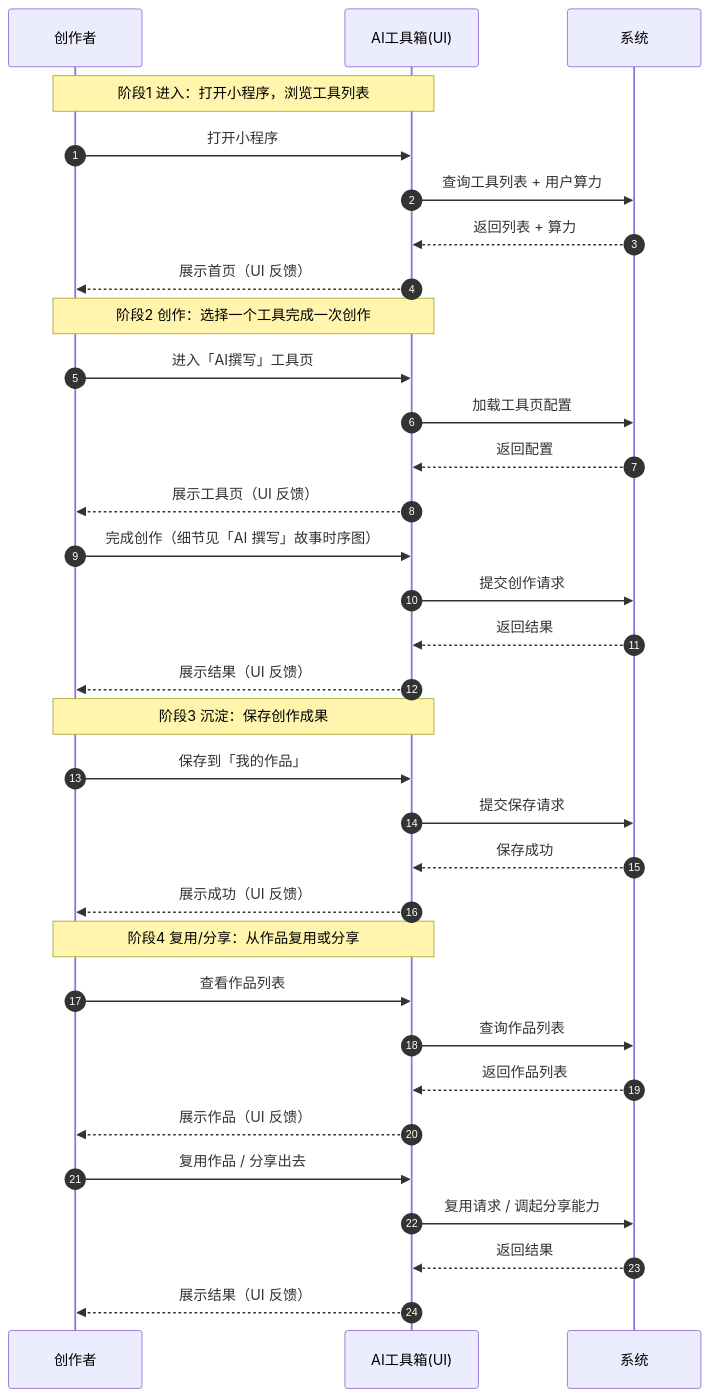
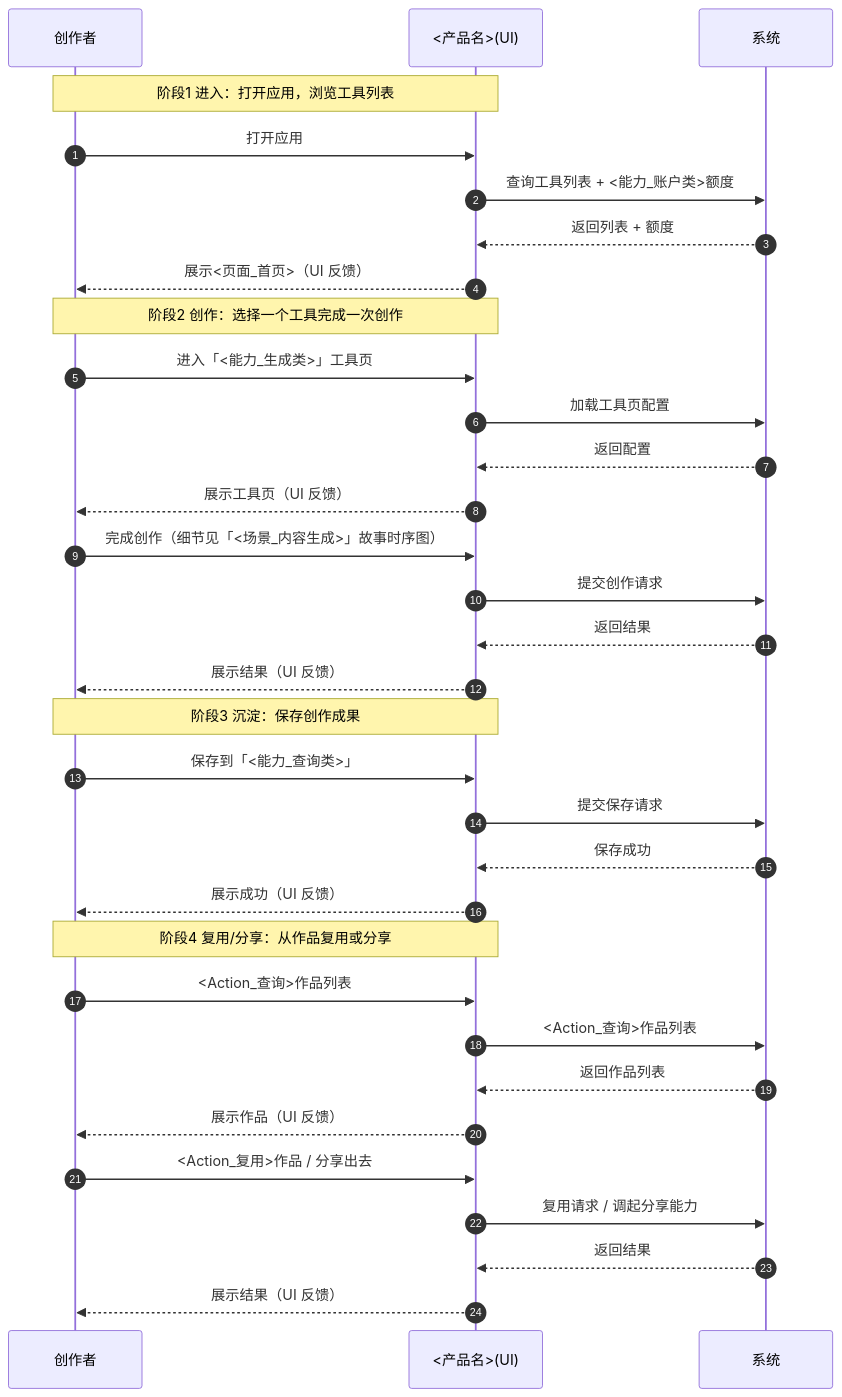
One commit to syllr/skills changed the second of 3 diagrams in skills/doc-arch-rules/references/templates/L1/USER-STORY.template.md. Above: the diagram before and after it, drawn with Mermaid. The commit also changed other lines of this file and 11 other files, not shown here.

````diff
--- a/skills/doc-arch-rules/references/templates/L1/USER-STORY.template.md
+++ b/skills/doc-arch-rules/references/templates/L1/USER-STORY.template.md
@@ -208,39 +209,39 @@
 ```mermaid
 sequenceDiagram
     autonumber
     participant 创作者
-    participant 工具箱 as AI工具箱(UI)
+    participant 工具箱 as <产品名>(UI)
     participant 系统
 
-    note over 创作者,工具箱: 阶段1 进入：打开小程序，浏览工具列表
-    创作者->>工具箱: 打开小程序
-    工具箱->>系统: 查询工具列表 + 用户算力
-    系统-->>工具箱: 返回列表 + 算力
-    工具箱-->>创作者: 展示首页（UI 反馈）
+    note over 创作者,工具箱: 阶段1 进入：打开应用，浏览工具列表
+    创作者->>工具箱: 打开应用
+    工具箱->>系统: 查询工具列表 + <能力_账户类>额度
+    系统-->>工具箱: 返回列表 + 额度
+    工具箱-->>创作者: 展示<页面_首页>（UI 反馈）
 
     note over 创作者,工具箱: 阶段2 创作：选择一个工具完成一次创作
-    创作者->>工具箱: 进入「AI撰写」工具页
+    创作者->>工具箱: 进入「<能力_生成类>」工具页
     工具箱->>系统: 加载工具页配置
     系统-->>工具箱: 返回配置
     工具箱-->>创作者: 展示工具页（UI 反馈）
-    创作者->>工具箱: 完成创作（细节见「AI 撰写」故事时序图）
+    创作者->>工具箱: 完成创作（细节见「<场景_内容生成>」故事时序图）
     工具箱->>系统: 提交创作请求
     系统-->>工具箱: 返回结果
     工具箱-->>创作者: 展示结果（UI 反馈）
 
     note over 创作者,工具箱: 阶段3 沉淀：保存创作成果
-    创作者->>工具箱: 保存到「我的作品」
+    创作者->>工具箱: 保存到「<能力_查询类>」
     工具箱->>系统: 提交保存请求
     系统-->>工具箱: 保存成功
     工具箱-->>创作者: 展示成功（UI 反馈）
 
     note over 创作者,工具箱: 阶段4 复用/分享：从作品复用或分享
-    创作者->>工具箱: 查看作品列表
-    工具箱->>系统: 查询作品列表
+    创作者->>工具箱: <Action_查询>作品列表
+    工具箱->>系统: <Action_查询>作品列表
     系统-->>工具箱: 返回作品列表
     工具箱-->>创作者: 展示作品（UI 反馈）
-    创作者->>工具箱: 复用作品 / 分享出去
+    创作者->>工具箱: <Action_复用>作品 / 分享出去
     工具箱->>系统: 复用请求 / 调起分享能力
     系统-->>工具箱: 返回结果
     工具箱-->>创作者: 展示结果（UI 反馈）
 ```
````
